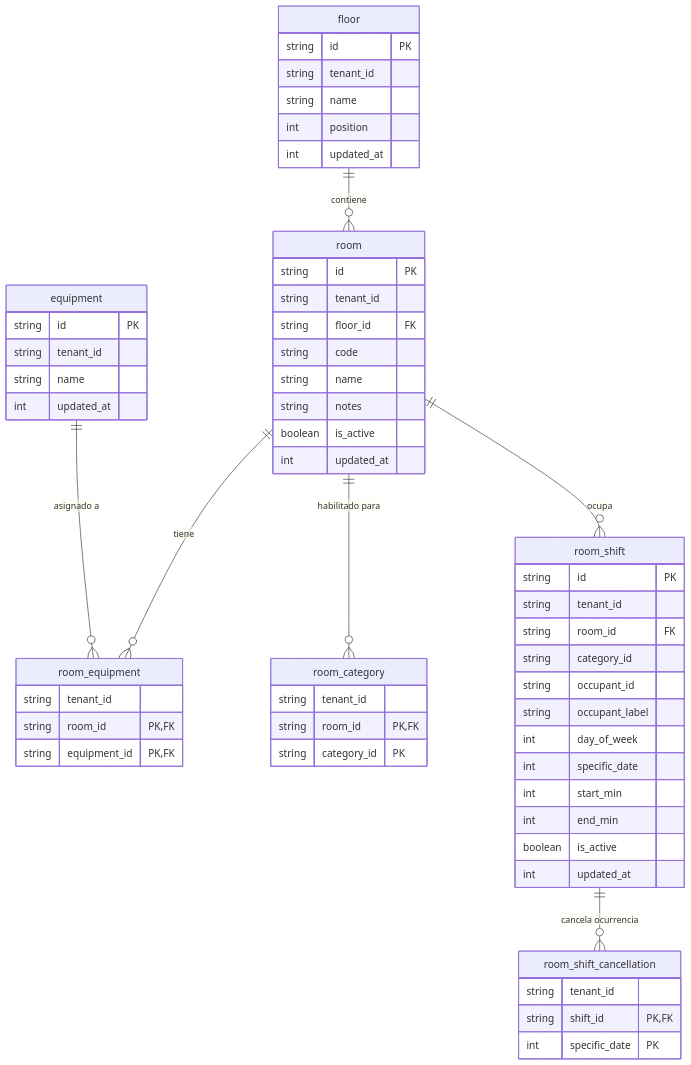
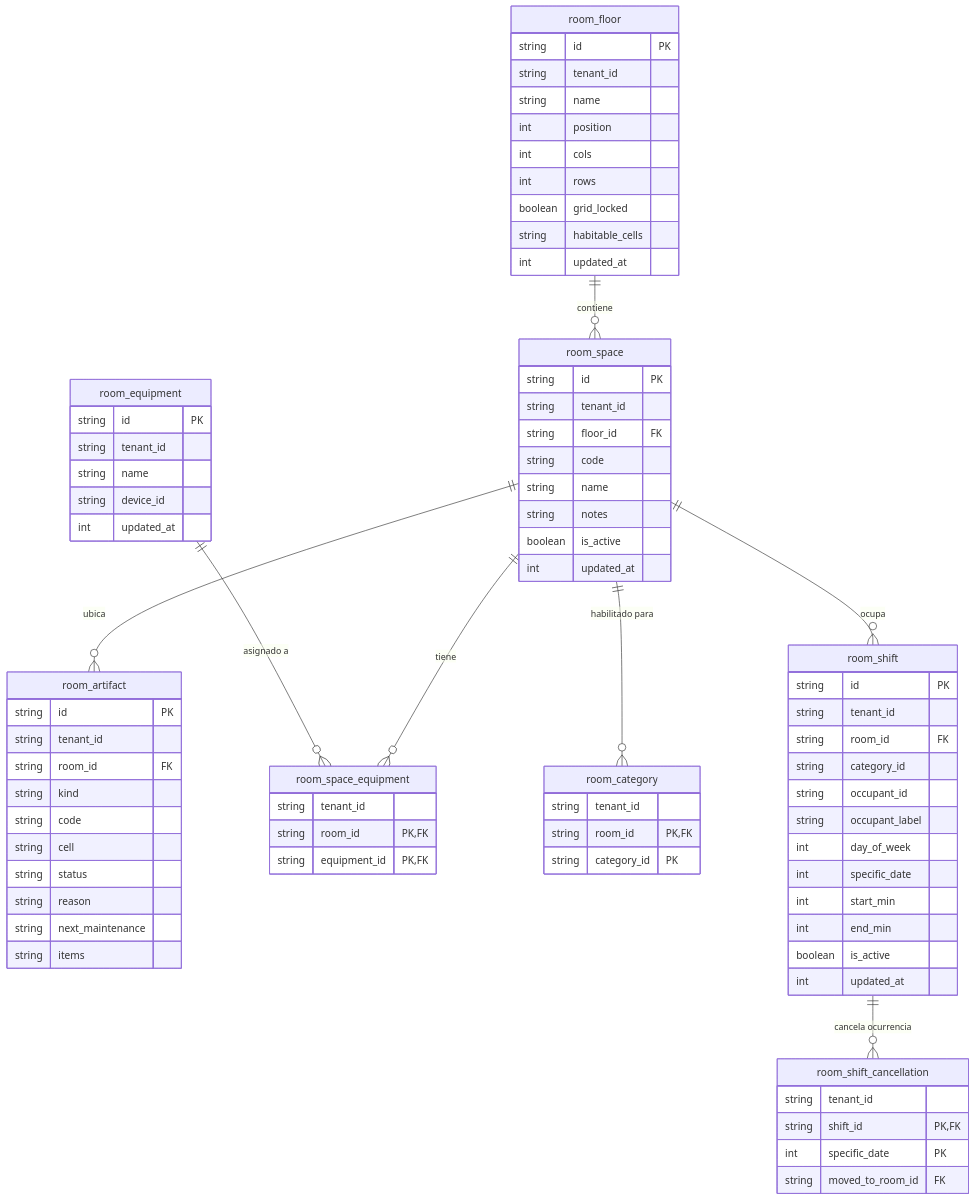
The diagram in docs/diagrams/database.md (veltylabs/room_layout), drawn with Mermaid before and after one commit. The commit also changed 80 other files, not shown here.

First line of the commit message:
refactor!: room_layout on the crud-by-declaration framework (floors, rooms, equipment, categories, artifacts, shifts, cancellations, reads and the shift screen)

````diff
--- a/docs/diagrams/database.md
+++ b/docs/diagrams/database.md
@@ -3,14 +3,18 @@
 ```mermaid
 erDiagram
-    floor {
+    room_floor {
         string id PK
         string tenant_id
         string name
         int position
+        int cols
+        int rows
+        boolean grid_locked
+        string habitable_cells
         int updated_at
     }
 
-    room {
+    room_space {
         string id PK
         string tenant_id
         string floor_id FK
@@ -21,14 +25,28 @@
         int updated_at
     }
 
-    equipment {
+    room_artifact {
+        string id PK
+        string tenant_id
+        string room_id FK
+        string kind
+        string code
+        string cell
+        string status
+        string reason
+        string next_maintenance
+        string items
+    }
+
+    room_equipment {
         string id PK
         string tenant_id
         string name
+        string device_id
         int updated_at
     }
 
-    room_equipment {
+    room_space_equipment {
         string tenant_id
         string room_id PK, FK
         string equipment_id PK, FK
@@ -59,12 +77,14 @@
         string tenant_id
         string shift_id PK, FK
         int specific_date PK
+        string moved_to_room_id FK
     }
 
-    floor ||--o{ room : "contiene"
-    room ||--o{ room_equipment : "tiene"
-    equipment ||--o{ room_equipment : "asignado a"
-    room ||--o{ room_category : "habilitado para"
-    room ||--o{ room_shift : "ocupa"
+    room_floor ||--o{ room_space : "contiene"
+    room_space ||--o{ room_artifact : "ubica"
+    room_space ||--o{ room_space_equipment : "tiene"
+    room_equipment ||--o{ room_space_equipment : "asignado a"
+    room_space ||--o{ room_category : "habilitado para"
+    room_space ||--o{ room_shift : "ocupa"
     room_shift ||--o{ room_shift_cancellation : "cancela ocurrencia"
 ```
````
